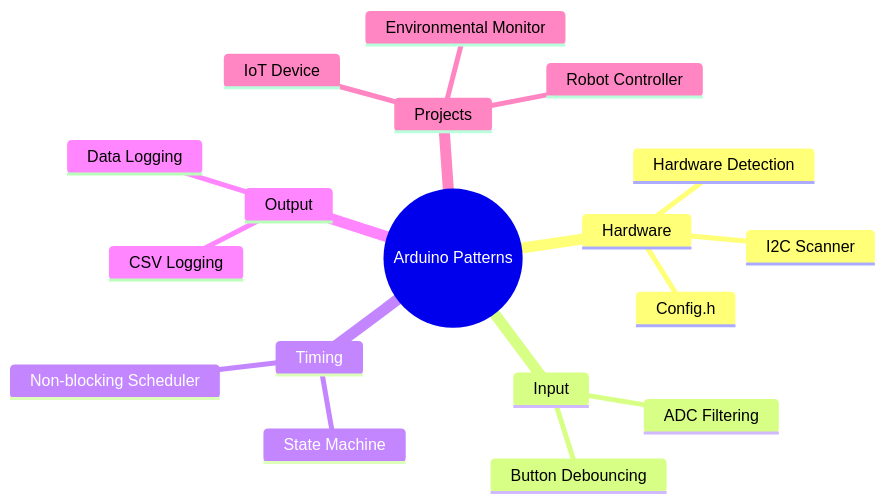
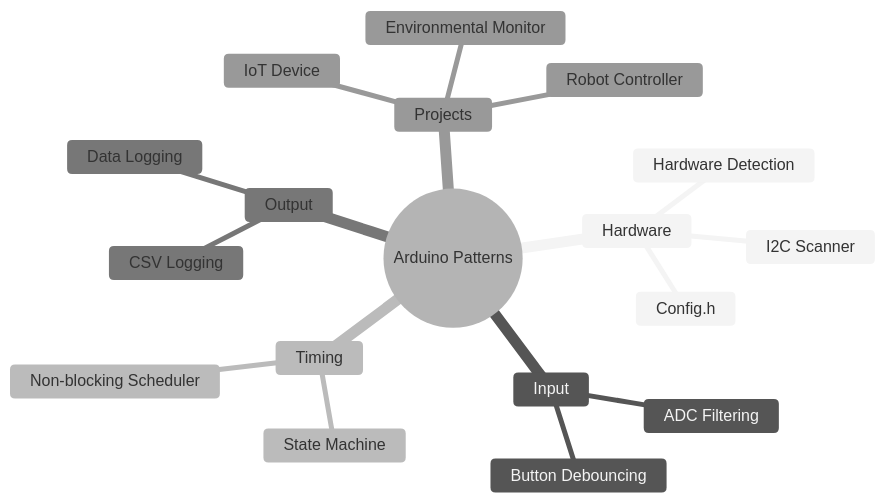
Before and after one commit to wedsamuel1230/arduino-skills: the second of 4 diagrams in README.md, drawn with Mermaid.

Commit message:
add mermaid diagram configuration for Arduino patterns mindmap

````diff
--- a/README.md
+++ b/README.md
@@ -208,21 +208,29 @@
 ```mermaid
+%%{init: {
+  "theme": "neutral",
+  "themeVariables": {
+    "primaryColor": "#df9696ff",
+    "primaryTextColor": "#0f8cf3ff",
+    "lineColor": "#4A77B5"
+  }
+}}%%
 mindmap
   root((Arduino Patterns))
     Hardware
       Config.h
       Hardware Detection
       I2C Scanner
     Input
       Button Debouncing
       ADC Filtering
     Timing
       Non-blocking Scheduler
       State Machine
     Output
       CSV Logging
       Data Logging
     Projects
       Environmental Monitor
       Robot Controller
       IoT Device
 ```
````
